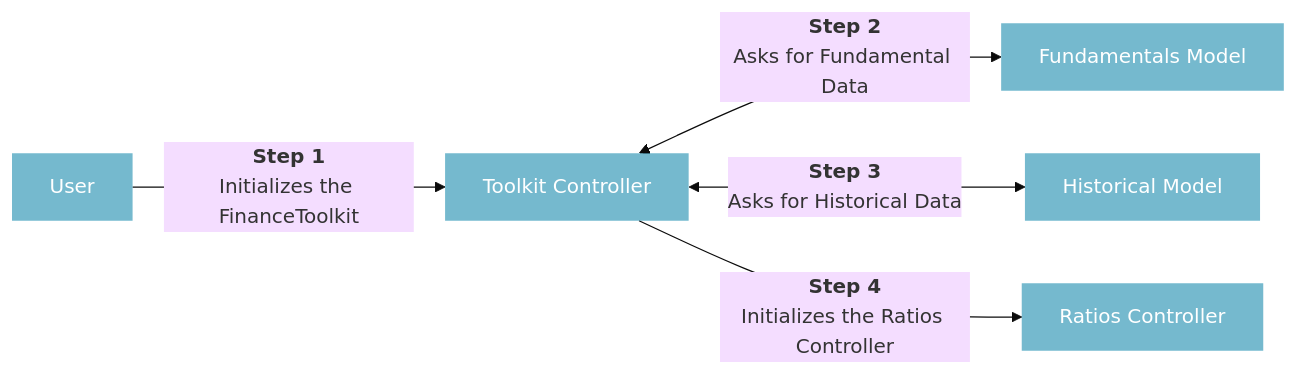
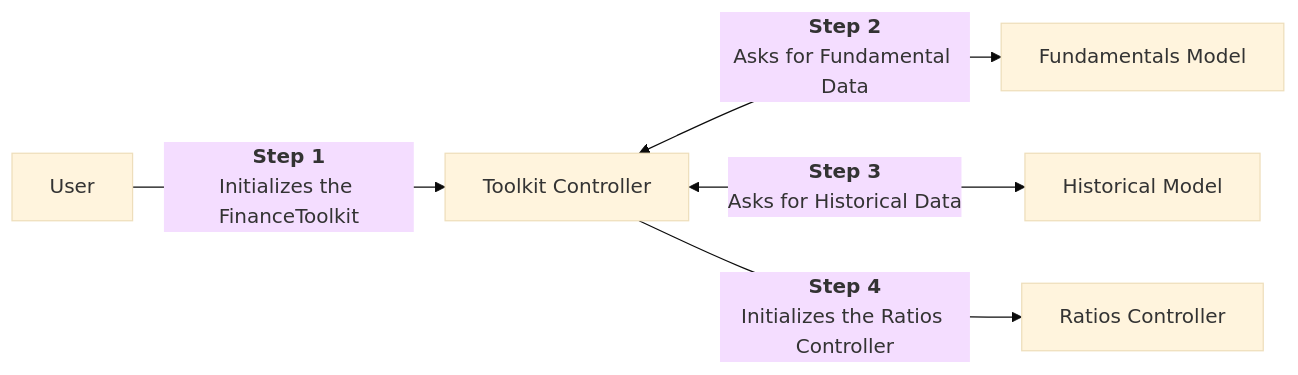
Before and after one commit to JerBouma/jerbouma.github.io: the seventh of 9 diagrams in _pages/coding/structuring-your-model.md, drawn with Mermaid (base theme). The commit also changed other lines of this file and 90 other files, not shown here.

```diff
--- a/_pages/coding/structuring-your-model.md
+++ b/_pages/coding/structuring-your-model.md
@@ -211,9 +192,8 @@
 <div class="mermaid">
 flowchart LR;
-classDef boxfont fill:#3b9cba,stroke-width:0px,fill-opacity:0.7,color:white,radius:20px;
 
-Step0["User"]:::boxfont-- <b>Step 1<br></b>Initializes the FinanceToolkit -->  Step1["Toolkit Controller"]:::boxfont
-Step1["Toolkit Controller"] <-- <b>Step 2<br></b>Asks for Fundamental Data --> Step2a["Fundamentals Model"]:::boxfont
-Step1["Toolkit Controller"] <-- <b>Step 3<br></b>Asks for Historical Data --> Step2b["Historical Model"]:::boxfont
-Step1["Toolkit Controller"] -- <b>Step 4<br></b>Initializes the Ratios Controller --> Step3["Ratios Controller"]:::boxfont
+Step0["User"]-- <b>Step 1<br></b>Initializes the FinanceToolkit -->  Step1["Toolkit Controller"]
+Step1["Toolkit Controller"] <-- <b>Step 2<br></b>Asks for Fundamental Data --> Step2a["Fundamentals Model"]
+Step1["Toolkit Controller"] <-- <b>Step 3<br></b>Asks for Historical Data --> Step2b["Historical Model"]
+Step1["Toolkit Controller"] -- <b>Step 4<br></b>Initializes the Ratios Controller --> Step3["Ratios Controller"]
 </div>
```
